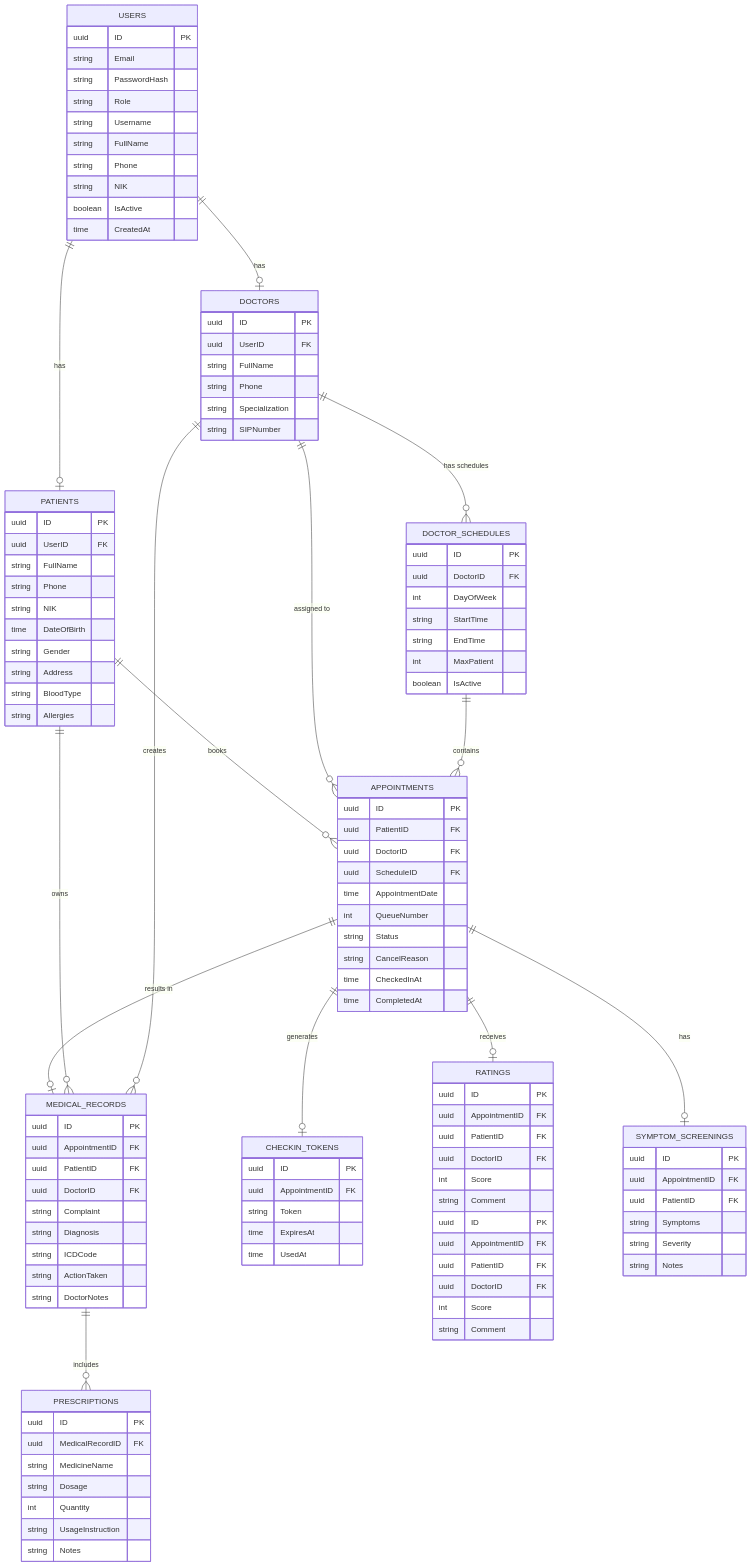
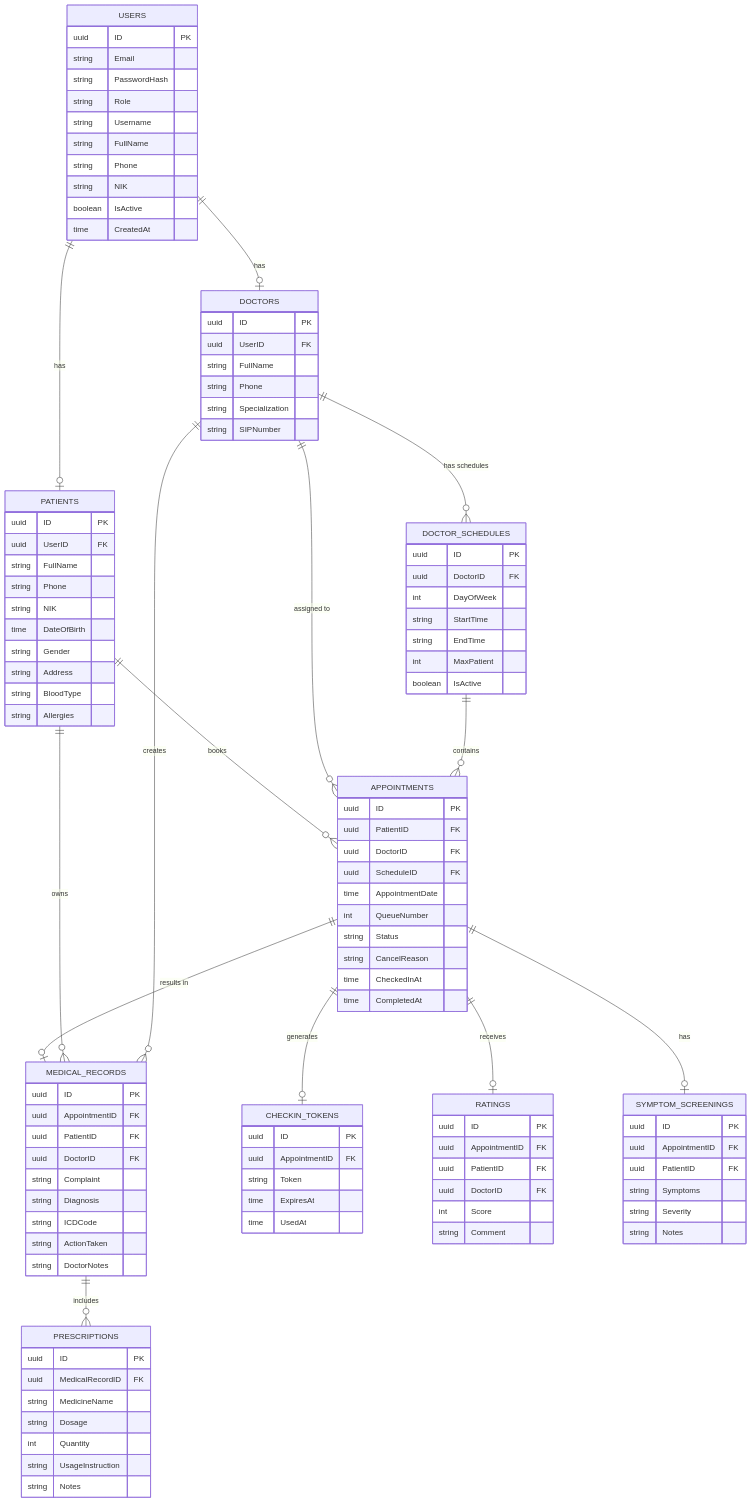
The first of 12 diagrams in diagrams.md (kuahbanyak/LearnGO), drawn with Mermaid before and after one commit. The commit also changed other lines of this file and 40 other files, not shown here.

````diff
--- a/diagrams.md
+++ b/diagrams.md
@@ -127,13 +127,4 @@
         string Severity
         string Notes
     }
-
-    RATINGS {
-        uuid ID PK
-        uuid AppointmentID FK
-        uuid PatientID FK
-        uuid DoctorID FK
-        int Score
-        string Comment
-    }
 ```
````
